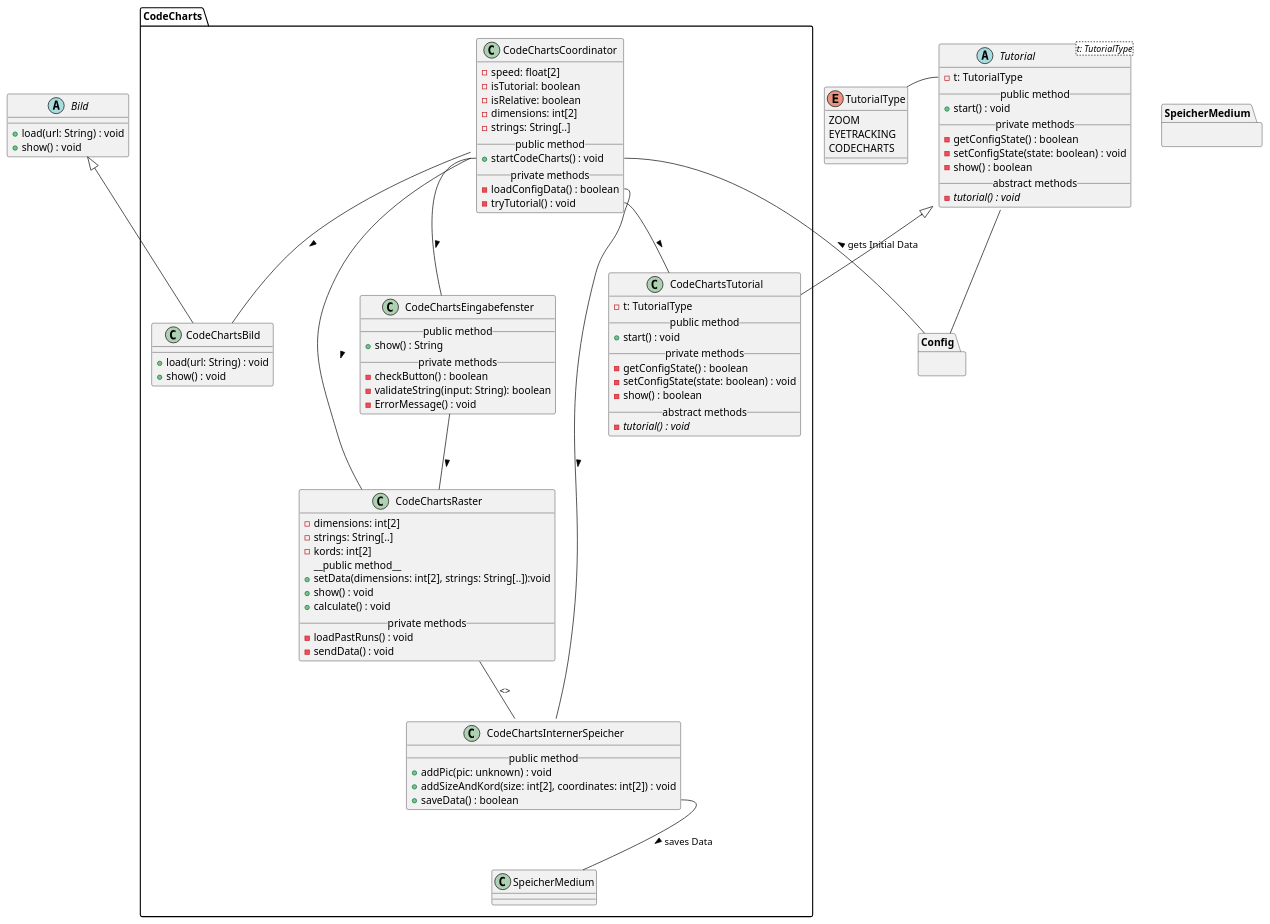
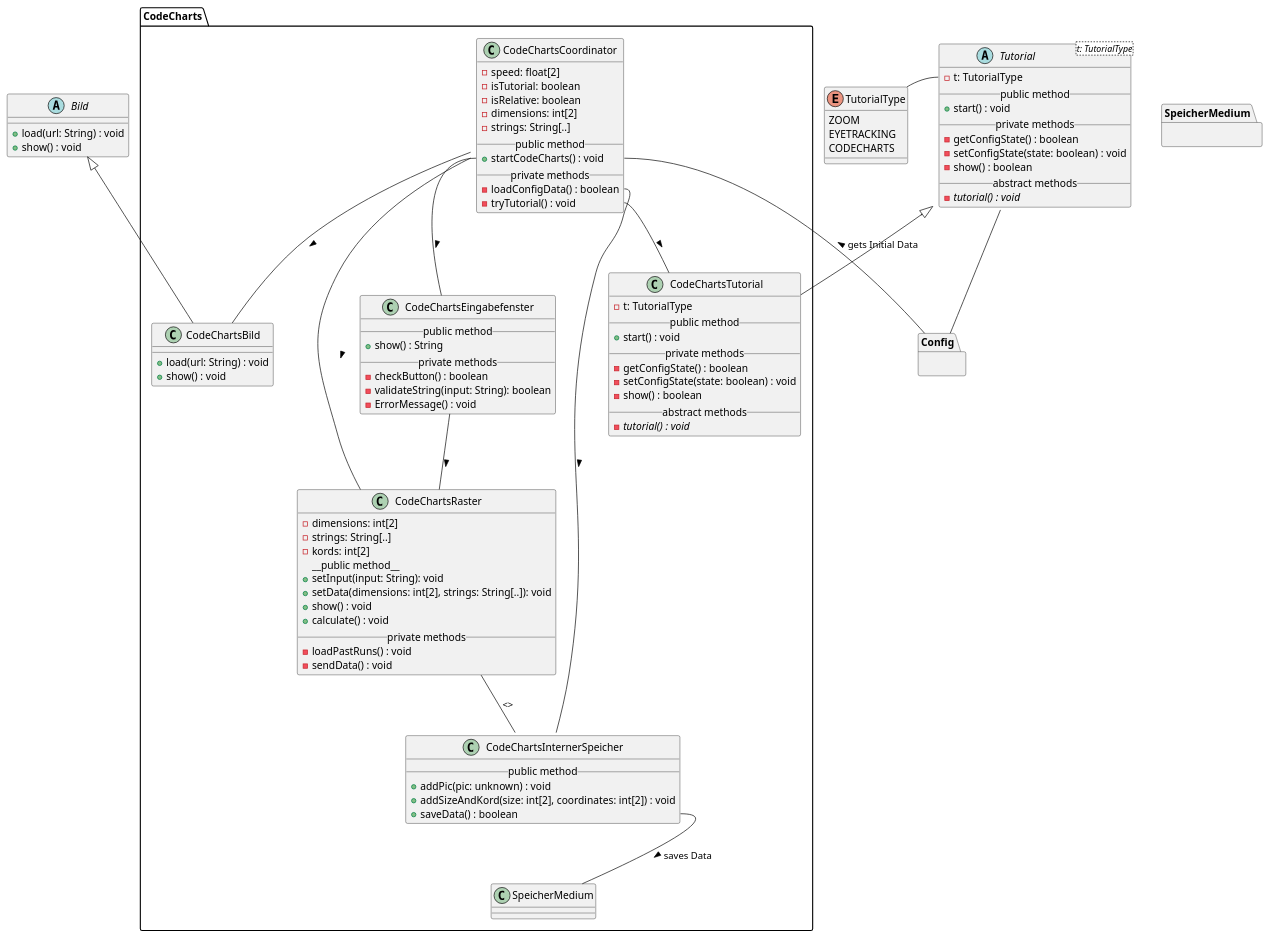
Before and after one commit to weichware10/meilensteine: the diagram in meilenstein_03/uml-code_charts/uml-code_charts.puml, drawn with PlantUML.

Commit message:
Überarbeitung

```diff
--- a/meilenstein_03/uml-code_charts/uml-code_charts.puml
+++ b/meilenstein_03/uml-code_charts/uml-code_charts.puml
@@ -1,137 +1,135 @@
 @startuml code_charts
 ' skinparam backgroundColor transparent
 '() System #DA70D5
 top to bottom direction
 
 ' --- TUTORIAL ---
 abstract Tutorial<t: TutorialType> {
   - t: TutorialType
   __public method__
   + start() : void
   __private methods__
   - getConfigState() : boolean
   - setConfigState(state: boolean) : void
   - show() : boolean
   __abstract methods__
   - {abstract} tutorial() : void
 }
 
 enum TutorialType {
   ZOOM
   EYETRACKING
   CODECHARTS
 }
 
 ' Interaktionen
 Tutorial::t -l- TutorialType
 Tutorial -d- Config
 
 
 ' --- BILD ---
 
 abstract Bild {
   + load(url: String) : void
   + show() : void
 }
 
 ' === CODE CHARTS ===
 package CodeCharts {
 
     ' CodeCharts Tutorial 
     class CodeChartsTutorial {
       - t: TutorialType
       __public method__
       + start() : void
       __private methods__
       - getConfigState() : boolean
       - setConfigState(state: boolean) : void
       - show() : boolean
       __abstract methods__
       - {abstract} tutorial() : void
     }
   
     ' CodeCharts Coordinator
     class CodeChartsCoordinator {
         - speed: float[2]
         - isTutorial: boolean
         - isRelative: boolean
         - dimensions: int[2]
         - strings: String[..]
         __public method__
         + startCodeCharts() : void
         __private methods__
         - loadConfigData() : boolean
         - tryTutorial() : void
     }
 
     ' CodeCharts Interner Speicher
     class CodeChartsInternerSpeicher {
         __public method__
         + addPic(pic: unknown) : void
         + addSizeAndKord(size: int[2], coordinates: int[2]) : void
         + saveData() : boolean
     }
 
     ' CodeCharts Bild
     class CodeChartsBild {
         ' Unsicher ob es sinnvoll ist das Bild vorzuladen
         + load(url: String) : void
         + show() : void
     }
 
     ' CodeCharts Raster
     class CodeChartsRaster {
         ' Unsicher ob es sinnvoll ist alle vorherigen Durchläufe auf einmal zu laden
         - dimensions: int[2]
         - strings: String[..]
         - kords: int[2]
         __public method__ 
-        + setData(dimensions: int[2], strings: String[..]):void
+        + setInput(input: String): void
+        + setData(dimensions: int[2], strings: String[..]): void
         + show() : void
         + calculate() : void
         __private methods__
         - loadPastRuns() : void
         - sendData() : void
     }
 
     ' CodeCharts Eingabefenster
     class CodeChartsEingabefenster {
         __public method__
         + show() : String
         __private methods__
         - checkButton() : boolean
         - validateString(input: String): boolean
         - ErrorMessage() : void
     }
 
 
     ' Vererbungen
     Bild <|-d- CodeChartsBild
     Tutorial <|-d- CodeChartsTutorial
 
     ' Interaktionen
-    ' Bild & Raster mehrere Anbindungen (startCodeCharts, loadConfigData)
     CodeChartsCoordinator -- CodeChartsBild : >
     CodeChartsCoordinator -- CodeChartsRaster : >
     CodeChartsCoordinator::startCodeCharts -- CodeChartsEingabefenster : >
     CodeChartsCoordinator::loadConfigData -- CodeChartsInternerSpeicher : >
     CodeChartsCoordinator::tryTutorial -- CodeChartsTutorial : >
-    ' load & send Kante?
     CodeChartsRaster -- CodeChartsInternerSpeicher : <>
     CodeChartsEingabefenster -- CodeChartsRaster : >
 
 
 
     ' Andere Module
     CodeChartsInternerSpeicher::saveData -- SpeicherMedium : > saves Data
-    ' von startCodeCharts oder von loadConfigData
     CodeChartsCoordinator::startCodeCharts -- Config : < gets Initial Data
   
 }
 
 ' Blackboxen / Andere Module
 package Config {}
 
 package SpeicherMedium {}
 
 @enduml
```
